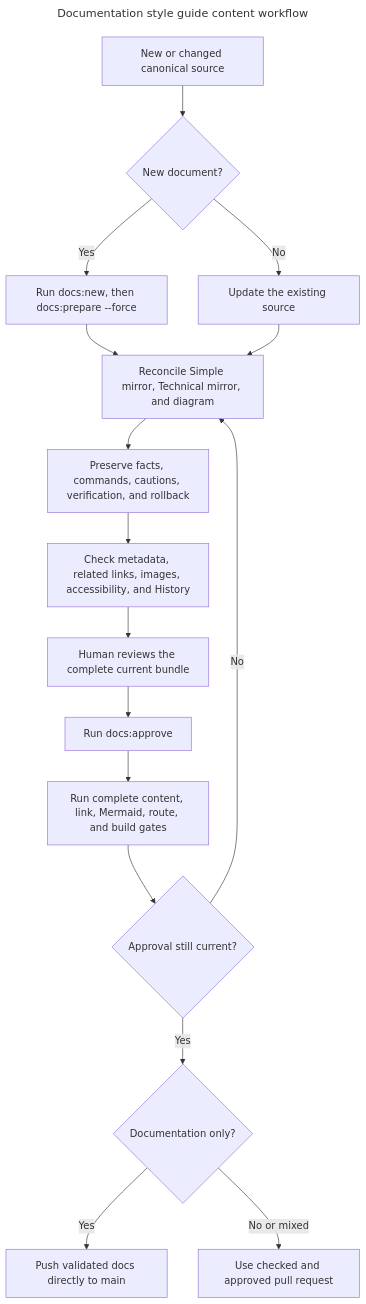
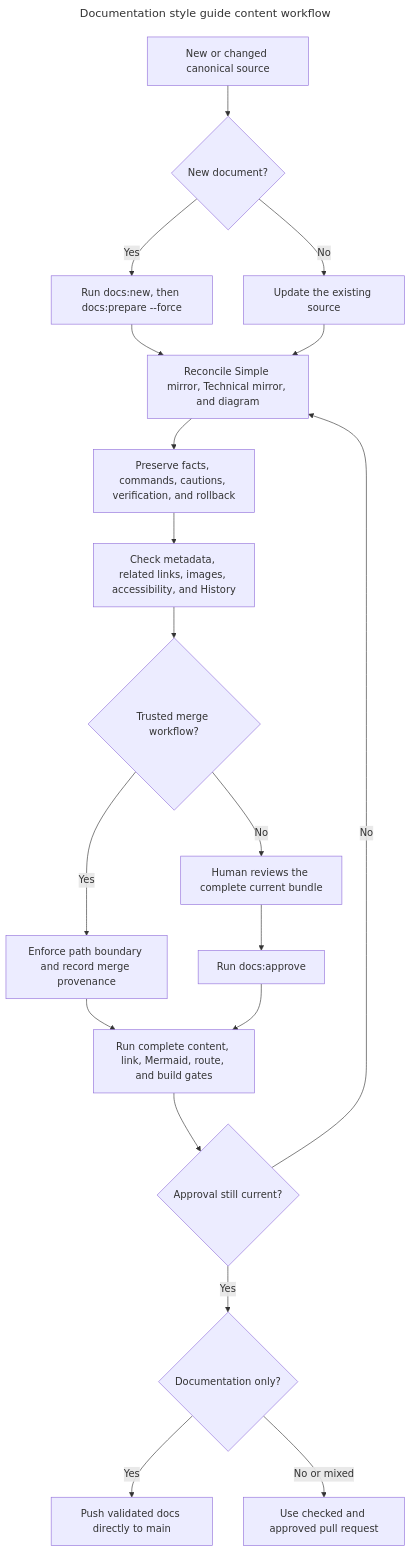
The diagram in diagrams/DOCUMENTATION_STYLE_GUIDE.mmd (ramideltoro/nutsnews-docs), drawn with Mermaid before and after one commit. The commit also changed 39 other files, not shown here.

```diff
--- a/diagrams/DOCUMENTATION_STYLE_GUIDE.mmd
+++ b/diagrams/DOCUMENTATION_STYLE_GUIDE.mmd
@@ -1,24 +1,27 @@
 ---
 title: Documentation style guide content workflow
 ---
 
 flowchart TB
   accTitle: Documentation Style Guide
   accDescr {
-    A new or changed canonical Technical source is reconciled with its Simple mirror, Technical mirror, accessible diagram, metadata, links, images, and History placement. Human approval follows the complete review, and any stale change returns the bundle to review before validation and delivery.
+    A new or changed canonical Technical source is reconciled with its Simple mirror, Technical mirror, accessible diagram, metadata, links, images, and History placement. Manual work receives human approval. The trusted merge workflow instead records immutable provenance after Codex exits. Any stale or invalid bundle returns to correction before delivery.
   }
   request["New or changed canonical source"] --> scaffold{"New document?"}
   scaffold -->|Yes| newdoc["Run docs:new, then docs:prepare --force"]
   scaffold -->|No| update["Update the existing source"]
   newdoc --> bundle["Reconcile Simple mirror, Technical mirror, and diagram"]
   update --> bundle
   bundle --> safety["Preserve facts, commands, cautions, verification, and rollback"]
   safety --> assets["Check metadata, related links, images, accessibility, and History"]
-  assets --> review["Human reviews the complete current bundle"]
+  assets --> mode{"Trusted merge workflow?"}
+  mode -->|No| review["Human reviews the complete current bundle"]
   review --> approve["Run docs:approve"]
+  mode -->|Yes| boundary["Enforce path boundary and record merge provenance"]
+  boundary --> validate
   approve --> validate["Run complete content, link, Mermaid, route, and build gates"]
   validate --> current{"Approval still current?"}
   current -->|No| bundle
   current -->|Yes| deliver{"Documentation only?"}
   deliver -->|Yes| main["Push validated docs directly to main"]
   deliver -->|No or mixed| pr["Use checked and approved pull request"]
```
